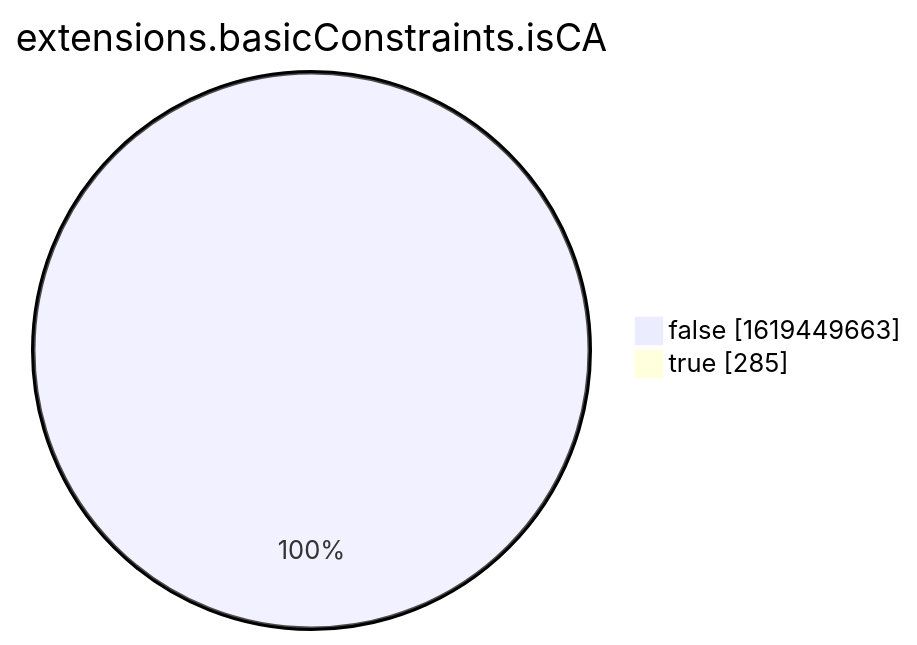
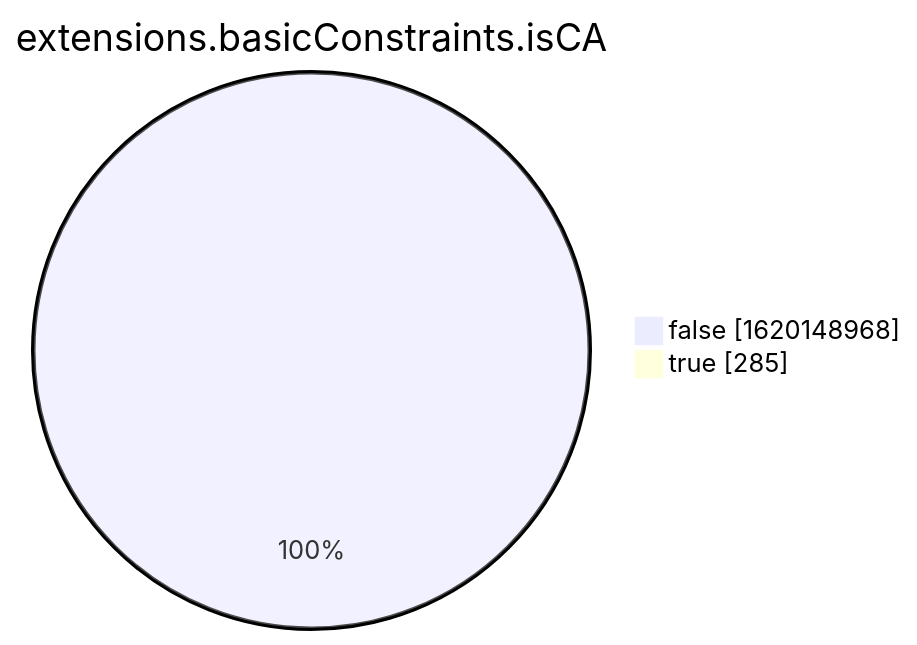
One commit to christiankrug/ctmonitor_visualization changed the eighth of 15 diagrams in xenon2022/README.md. Above: the diagram before and after it, drawn with Mermaid. The commit also changed other lines of this file, not shown here.

````diff
--- a/xenon2022/README.md
+++ b/xenon2022/README.md
@@ -2863,6 +2863,6 @@
 ```mermaid
 pie showData
 title extensions.basicConstraints.isCA
-"false" :1619449663
+"false" :1620148968
 "true" :285
 ```
````
